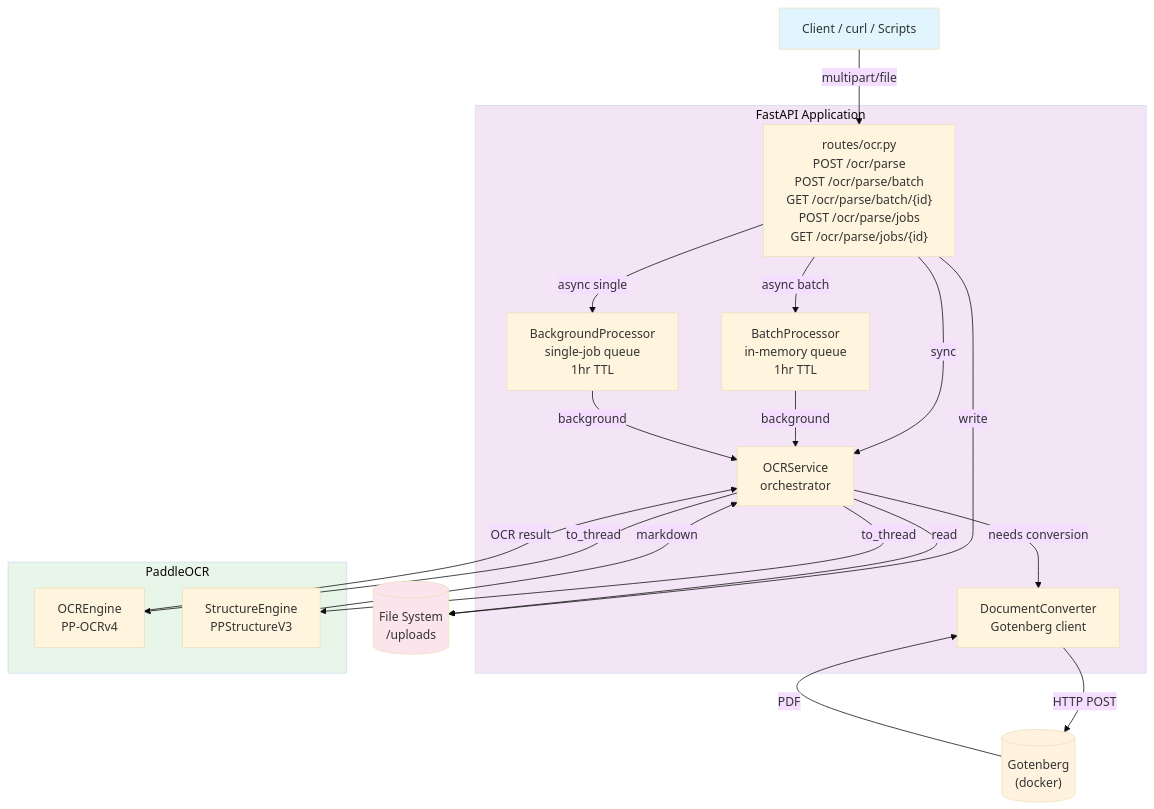
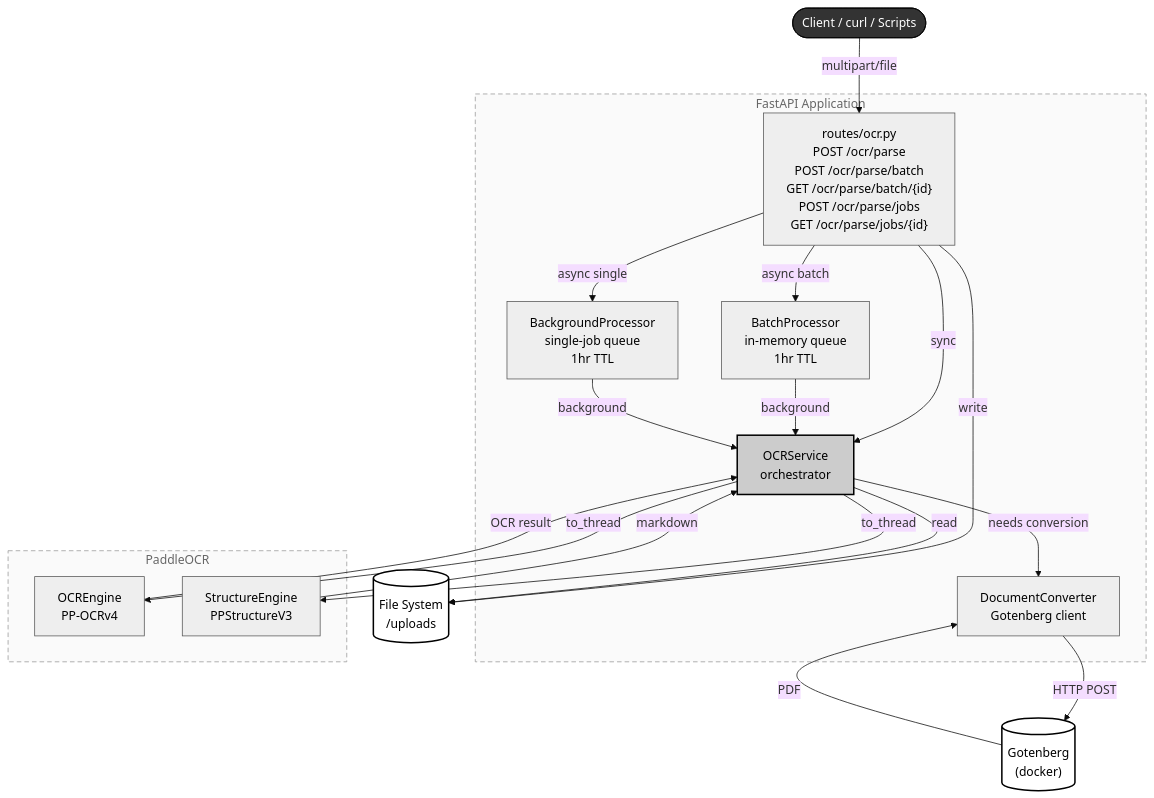
Before and after one commit to decimozs/rune: the diagram in README.md, drawn with Mermaid (base theme).

Commit message:
style: convert mermaid diagram to black-and-white palette
- Replace color fills with grayscale shades for readability
- Add stroke widths and dashes to distinguish subgraphs from nodes
- Change client node shape to stadium for visual entry-point cue
- Add explicit styles for all nodes (not just subgraphs)

````diff
--- a/README.md
+++ b/README.md
@@ -19,47 +19,54 @@
 ```mermaid
 flowchart TB
-  Client[Client / curl / Scripts]
+  Client(["Client / curl / Scripts"])
 
   subgraph FastAPI["FastAPI Application"]
     Routes["routes/ocr.py\nPOST /ocr/parse\nPOST /ocr/parse/batch\nGET /ocr/parse/batch/{id}\nPOST /ocr/parse/jobs\nGET /ocr/parse/jobs/{id}"]
     BP["BatchProcessor\nin-memory queue\n1hr TTL"]
     BJP["BackgroundProcessor\nsingle-job queue\n1hr TTL"]
     OCRS["OCRService\norchestrator"]
     Conv["DocumentConverter\nGotenberg client"]
   end
 
   subgraph Paddle["PaddleOCR"]
     ENGINE["OCREngine\nPP-OCRv4"]
     STRUCT["StructureEngine\nPPStructureV3"]
   end
 
   Gotenberg[("Gotenberg\n(docker)")]
   FS[("File System\n/uploads")]
 
   Client -->|multipart/file| Routes
 
   Routes -->|sync| OCRS
   Routes -->|async batch| BP
   Routes -->|async single| BJP
 
   BP -->|background| OCRS
   BJP -->|background| OCRS
 
   OCRS -->|to_thread| ENGINE
   OCRS -->|to_thread| STRUCT
   OCRS -->|needs conversion| Conv
   Conv -->|HTTP POST| Gotenberg
   Gotenberg -->|PDF| Conv
 
   ENGINE -->|OCR result| OCRS
   STRUCT -->|markdown| OCRS
 
   Routes -->|write| FS
   OCRS -->|read| FS
 
-  style Client fill:#e1f5fe
-  style FastAPI fill:#f3e5f5
-  style Paddle fill:#e8f5e9
-  style Gotenberg fill:#fff3e0
-  style FS fill:#fce4ec
+  style Client fill:#333,stroke:#000,stroke-width:1px,color:#fff
+  style FastAPI fill:#fafafa,stroke:#999,stroke-width:1px,color:#666,stroke-dasharray:6 4
+  style Paddle fill:#fafafa,stroke:#999,stroke-width:1px,color:#666,stroke-dasharray:6 4
+  style Routes fill:#eee,stroke:#555,stroke-width:1px,color:#000
+  style BP fill:#eee,stroke:#555,stroke-width:1px,color:#000
+  style BJP fill:#eee,stroke:#555,stroke-width:1px,color:#000
+  style OCRS fill:#ccc,stroke:#000,stroke-width:2px,color:#000
+  style Conv fill:#eee,stroke:#555,stroke-width:1px,color:#000
+  style ENGINE fill:#eee,stroke:#555,stroke-width:1px,color:#000
+  style STRUCT fill:#eee,stroke:#555,stroke-width:1px,color:#000
+  style Gotenberg fill:#fff,stroke:#000,stroke-width:2px,color:#000
+  style FS fill:#fff,stroke:#000,stroke-width:2px,color:#000
 ```
````
